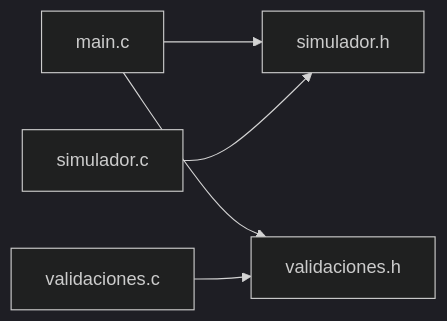
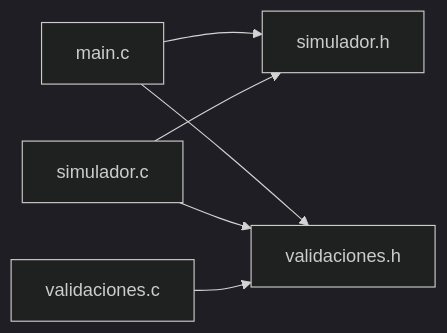
The diagram in docs/ARCHITECTURE.md (acevedo-daniel/artemis-tli), drawn with Mermaid (dark theme) before and after one commit. The commit also changed other lines of this file and 6 other files, not shown here.

````diff
--- a/docs/ARCHITECTURE.md
+++ b/docs/ARCHITECTURE.md
@@ -18,7 +19,8 @@
 ```mermaid
 flowchart LR
     main_c["main.c"] --> simulador_h["simulador.h"]
     main_c --> validaciones_h["validaciones.h"]
     simulador_c["simulador.c"] --> simulador_h
+    simulador_c --> validaciones_h
     validaciones_c["validaciones.c"] --> validaciones_h
 ```
````
